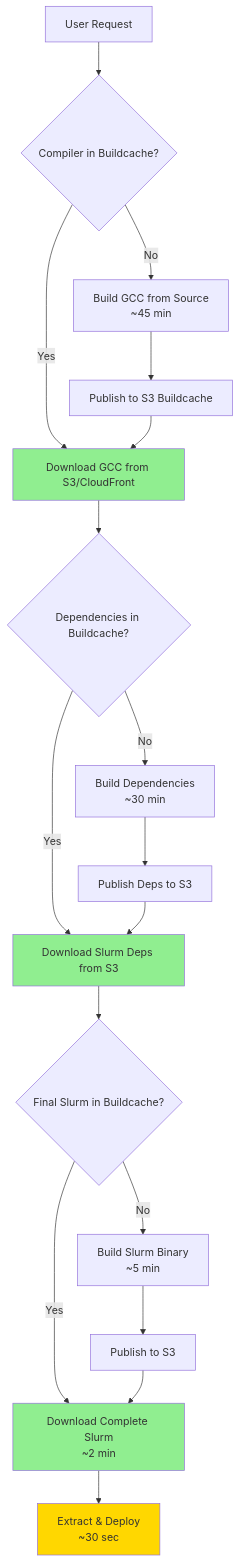
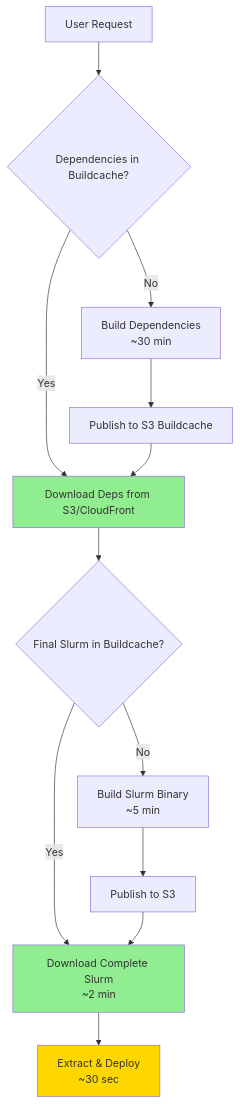
One commit to vantagecompute/slurm-factory changed the first of 3 diagrams in docusaurus/docs/optimization.md. Above: the diagram before and after it, drawn with Mermaid. The commit also changed other lines of this file and 18 other files, not shown here.

````diff
--- a/docusaurus/docs/optimization.md
+++ b/docusaurus/docs/optimization.md
@@ -9,27 +9,20 @@
 ```mermaid
 graph TD
-    A[User Request] --> B{Compiler in Buildcache?}
-    B -->|Yes| C[Download GCC from S3/CloudFront]
-    B -->|No| D[Build GCC from Source<br/>~45 min]
+    A[User Request] --> B{Dependencies in Buildcache?}
+    B -->|Yes| C[Download Deps from S3/CloudFront]
+    B -->|No| D[Build Dependencies<br/>~30 min]
     D --> E[Publish to S3 Buildcache]
     E --> C
     
-    C --> F{Dependencies in Buildcache?}
-    F -->|Yes| G[Download Slurm Deps from S3]
-    F -->|No| H[Build Dependencies<br/>~30 min]
-    H --> I[Publish Deps to S3]
+    C --> F{Final Slurm in Buildcache?}
+    F -->|Yes| G[Download Complete Slurm<br/>~2 min]
+    F -->|No| H[Build Slurm Binary<br/>~5 min]
+    H --> I[Publish to S3]
     I --> G
     
-    G --> J{Final Slurm in Buildcache?}
-    J -->|Yes| K[Download Complete Slurm<br/>~2 min]
-    J -->|No| L[Build Slurm Binary<br/>~5 min]
-    L --> M[Publish to S3]
-    M --> K
-    
-    K --> N[Extract & Deploy<br/>~30 sec]
+    G --> J[Extract & Deploy<br/>~30 sec]
     
     style C fill:#90EE90
     style G fill:#90EE90
-    style K fill:#90EE90
-    style N fill:#FFD700
+    style J fill:#FFD700
 ```
````
